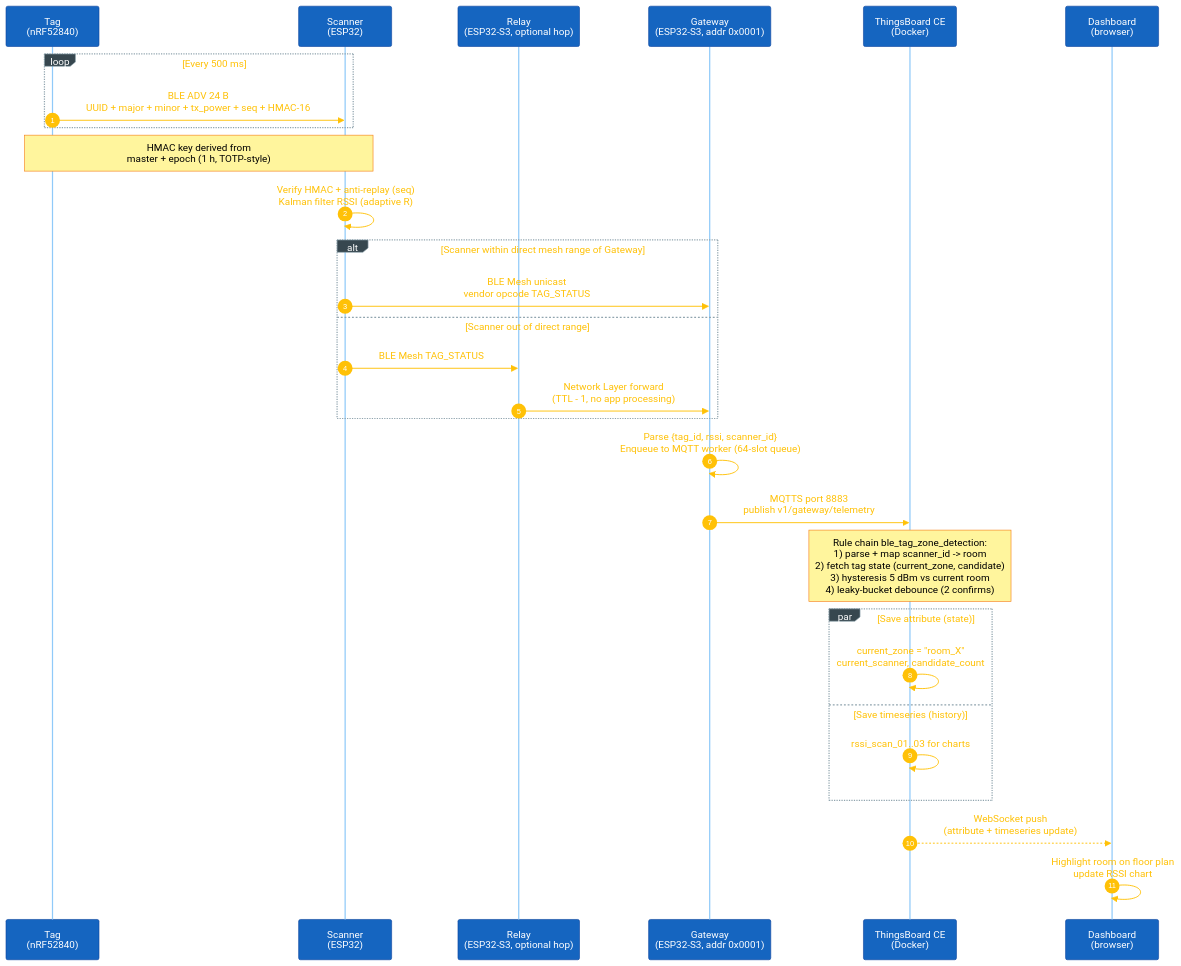
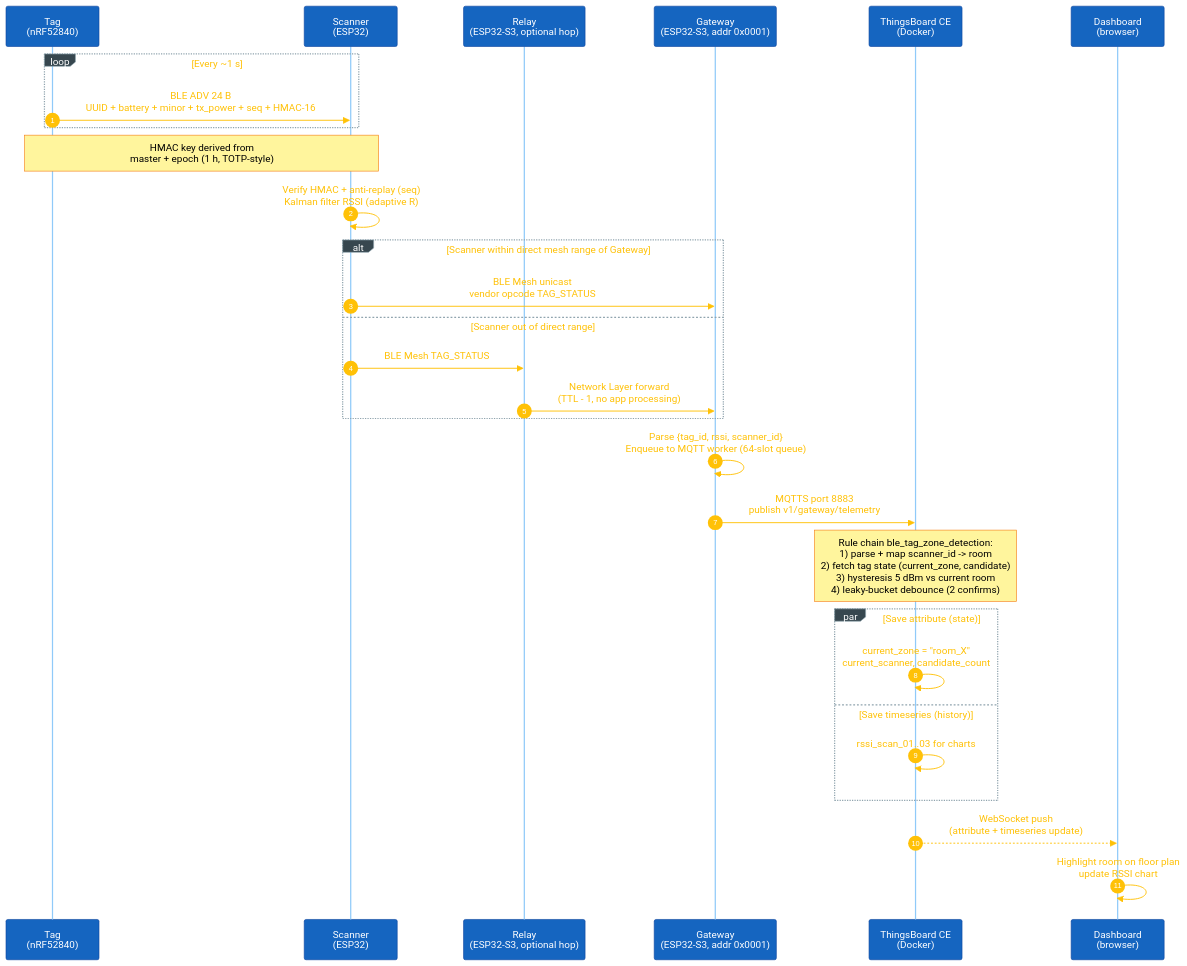
The diagram in README.md (caotrongphuoc/ble-mesh-tracking), drawn with Mermaid before and after one commit. The commit also changed other lines of this file and 5 other files, not shown here.

````diff
--- a/README.md
+++ b/README.md
@@ -97,39 +107,39 @@
 ```mermaid
 %%{init: {'theme':'base','themeVariables':{'fontSize':'18px','primaryColor':'#1565c0','primaryTextColor':'#ffffff','primaryBorderColor':'#0d47a1','lineColor':'#90a4ae','signalColor':'#ffc107','signalTextColor':'#ffc107','actorBkg':'#1565c0','actorBorder':'#0d47a1','actorTextColor':'#ffffff','actorLineColor':'#90caf9','noteBkgColor':'#fff59d','noteTextColor':'#000000','noteBorderColor':'#f57f17','activationBkgColor':'#66bb6a','activationBorderColor':'#2e7d32','sequenceNumberColor':'#ffffff','loopTextColor':'#ffc107','labelBoxBkgColor':'#37474f','labelBoxBorderColor':'#90a4ae','labelTextColor':'#ffffff'},'sequence':{'actorMargin':90,'messageFontSize':16,'noteFontSize':14,'actorFontSize':16,'boxMargin':12,'boxTextMargin':6,'noteMargin':10,'useMaxWidth':true}}}%%
 sequenceDiagram
     autonumber
     participant T as Tag<br/>(nRF52840)
     participant S as Scanner<br/>(ESP32)
     participant R as Relay<br/>(ESP32-S3, optional hop)
     participant G as Gateway<br/>(ESP32-S3, addr 0x0001)
     participant TB as ThingsBoard CE<br/>(Docker)
     participant D as Dashboard<br/>(browser)
 
-    loop Every 500 ms
-        T->>S: BLE ADV 24 B<br/>UUID + major + minor + tx_power + seq + HMAC-16
+    loop Every ~1 s
+        T->>S: BLE ADV 24 B<br/>UUID + battery + minor + tx_power + seq + HMAC-16
     end
     Note over T,S: HMAC key derived from<br/>master + epoch (1 h, TOTP-style)
 
     S->>S: Verify HMAC + anti-replay (seq)<br/>Kalman filter RSSI (adaptive R)
 
     alt Scanner within direct mesh range of Gateway
         S->>G: BLE Mesh unicast<br/>vendor opcode TAG_STATUS
     else Scanner out of direct range
         S->>R: BLE Mesh TAG_STATUS
         R->>G: Network Layer forward<br/>(TTL - 1, no app processing)
     end
 
     G->>G: Parse {tag_id, rssi, scanner_id}<br/>Enqueue to MQTT worker (64-slot queue)
     G->>TB: MQTTS port 8883<br/>publish v1/gateway/telemetry
 
     Note over TB: Rule chain ble_tag_zone_detection:<br/>1) parse + map scanner_id -> room<br/>2) fetch tag state (current_zone, candidate)<br/>3) hysteresis 5 dBm vs current room<br/>4) leaky-bucket debounce (2 confirms)
 
     par Save attribute (state)
         TB->>TB: current_zone = "room_X"<br/>current_scanner, candidate_count
     and Save timeseries (history)
         TB->>TB: rssi_scan_01..03 for charts
     end
 
     TB-->>D: WebSocket push<br/>(attribute + timeseries update)
     D->>D: Highlight room on floor plan<br/>update RSSI chart
 ```
````
